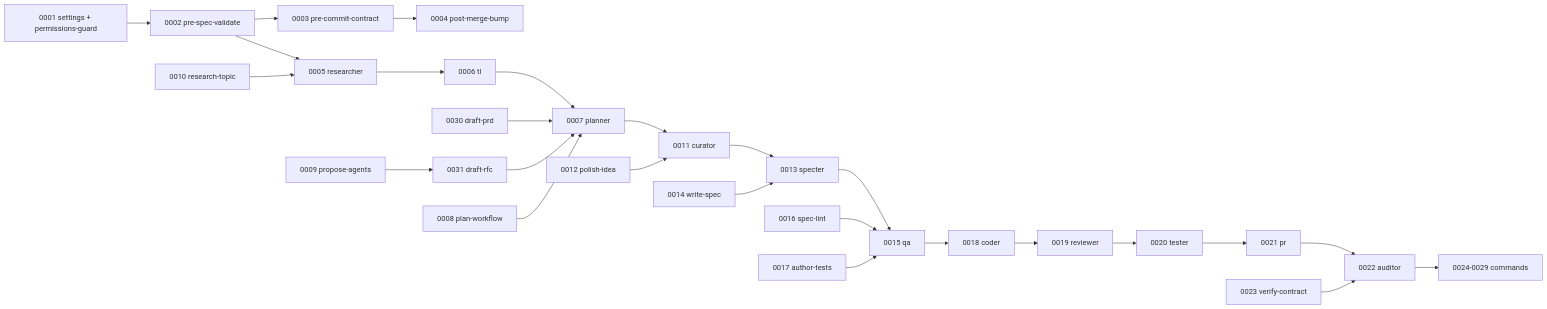
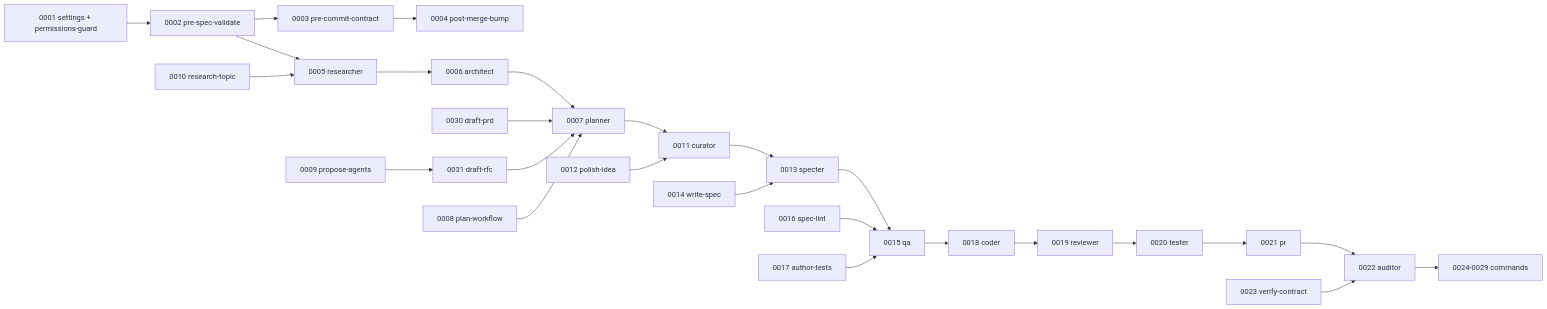
The diagram in .claude/specs/workflow.md (Christian-Rojas-Rodriguez/open-factory-spec), drawn with Mermaid before and after one commit. The commit also changed other lines of this file and 81 other files, not shown here.

````diff
--- a/.claude/specs/workflow.md
+++ b/.claude/specs/workflow.md
@@ -139,49 +139,49 @@
 ```mermaid
 graph LR
     F[0001 settings + permissions-guard]
     H2[0002 pre-spec-validate]
     H3[0003 pre-commit-contract]
     H4[0004 post-merge-bump]
     R[0005 researcher]
-    T[0006 tl]
+    T[0006 architect]
     P[0007 planner]
     S8[0008 plan-workflow]
     S9[0009 propose-agents]
     S10[0010 research-topic]
     Cu[0011 curator]
     S12[0012 polish-idea]
     Sp[0013 specter]
     S14[0014 write-spec]
     QA[0015 qa]
     S16[0016 spec-lint]
     S17[0017 author-tests]
     Co[0018 coder]
     Rv[0019 reviewer]
     Te[0020 tester]
     PR[0021 pr]
     Au[0022 auditor]
     S23[0023 verify-contract]
     Cmds[0024-0029 commands]
     S30[0030 draft-prd]
     S31[0031 draft-rfc]
 
     F --> H2 --> H3 --> H4
     H2 --> R --> T
     T --> P
     S30 --> P
     S31 --> P
     S8 --> P
     S9 --> S31
     S10 --> R
     P --> Cu
     S12 --> Cu
     Cu --> Sp
     S14 --> Sp
     Sp --> QA
     S16 --> QA
     S17 --> QA
     QA --> Co --> Rv
     Rv --> Te --> PR --> Au
     S23 --> Au
     Au --> Cmds
 ```
````
